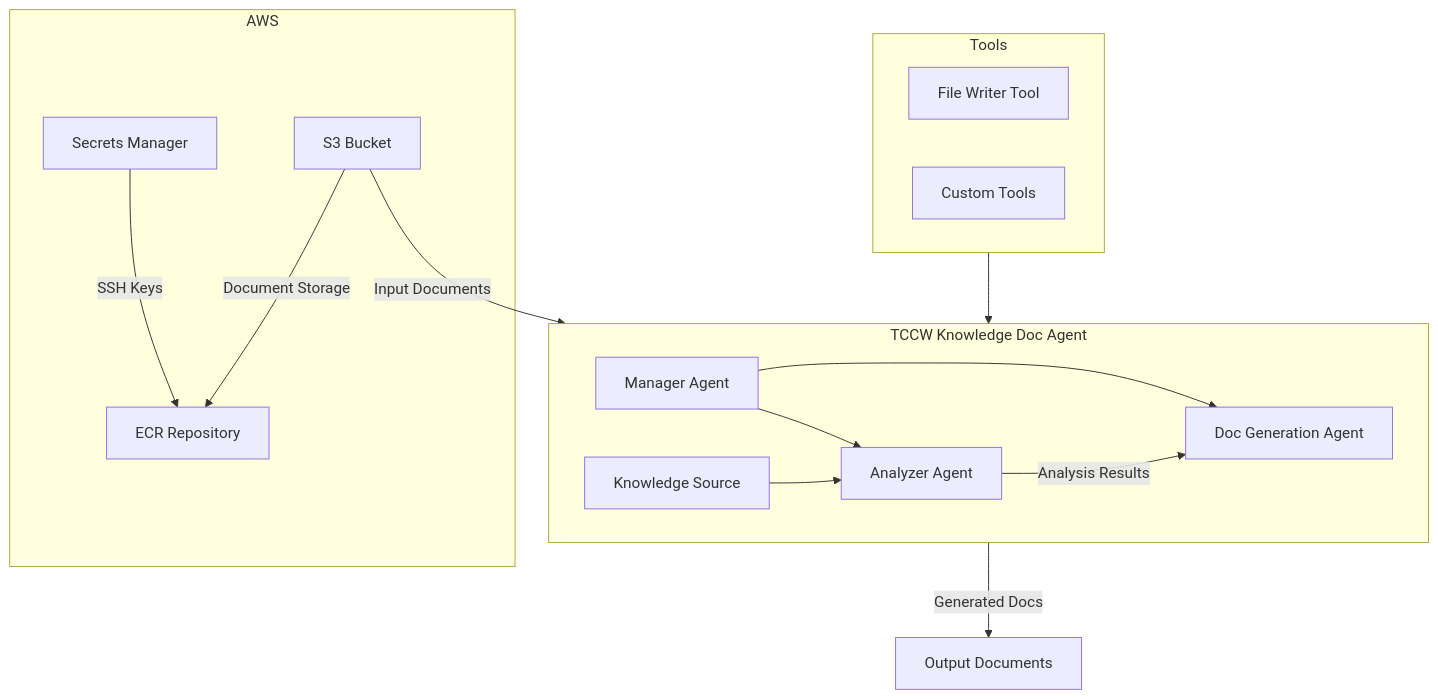
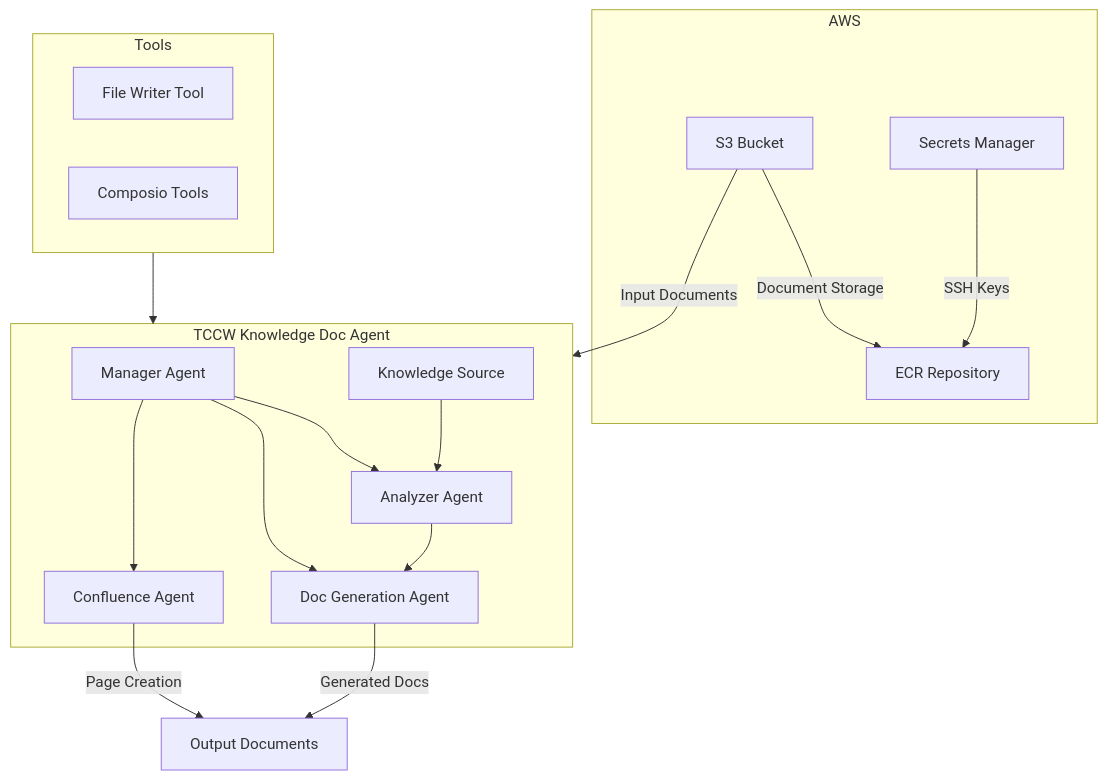
Before and after one commit to nestorcolt/tccw-knowledge-doc-agent: the diagram in README.md, drawn with Mermaid. The commit also changed other lines of this file, not shown here.

````diff
--- a/README.md
+++ b/README.md
@@ -7,24 +7,26 @@
 ```mermaid
 graph TD
     subgraph AWS
         S3[S3 Bucket] --> |Document Storage| ECR[ECR Repository]
         SM[Secrets Manager] --> |SSH Keys| ECR
     end
 
     subgraph DocAgent[TCCW Knowledge Doc Agent]
         MA[Manager Agent] --> AN[Analyzer Agent]
         MA --> DG[Doc Generation Agent]
-        AN --> |Analysis Results| DG
+        MA --> CA[Confluence Agent]
+        AN --> DG
         KS[Knowledge Source] --> AN
     end
 
     subgraph Tools
         FW[File Writer Tool]
-        CT[Custom Tools]
+        CT[Composio Tools]
     end
 
     S3 --> |Input Documents| DocAgent
-    DocAgent --> |Generated Docs| Output[Output Documents]
+    DG --> |Generated Docs| Output[Output Documents]
+    CA --> |Page Creation| Output
     Tools --> DocAgent
 
 ```
````
